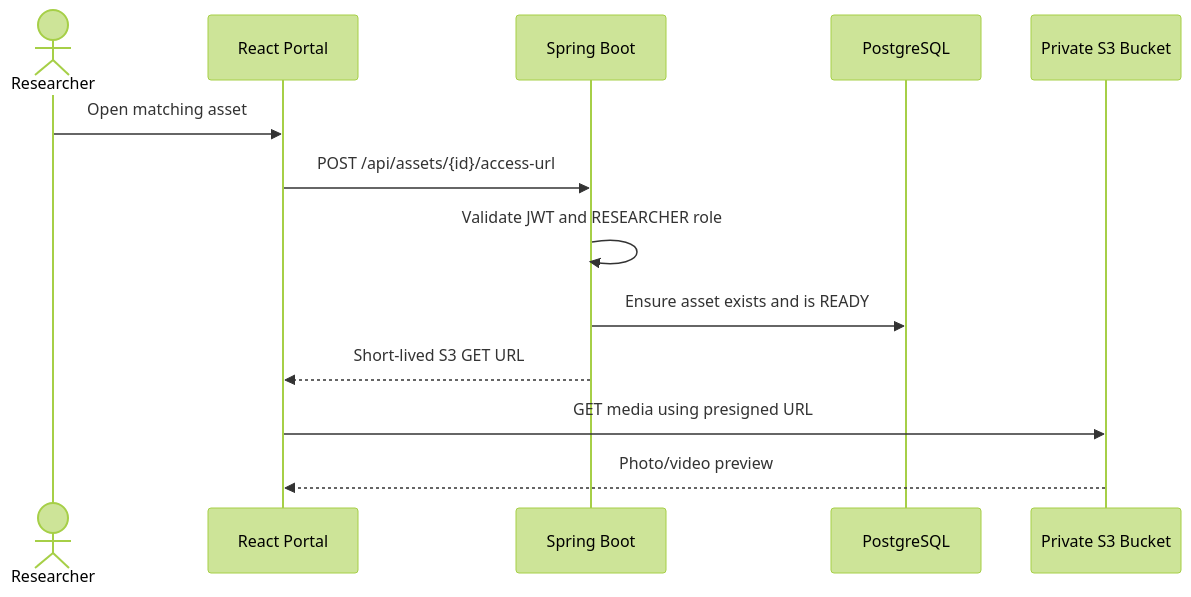
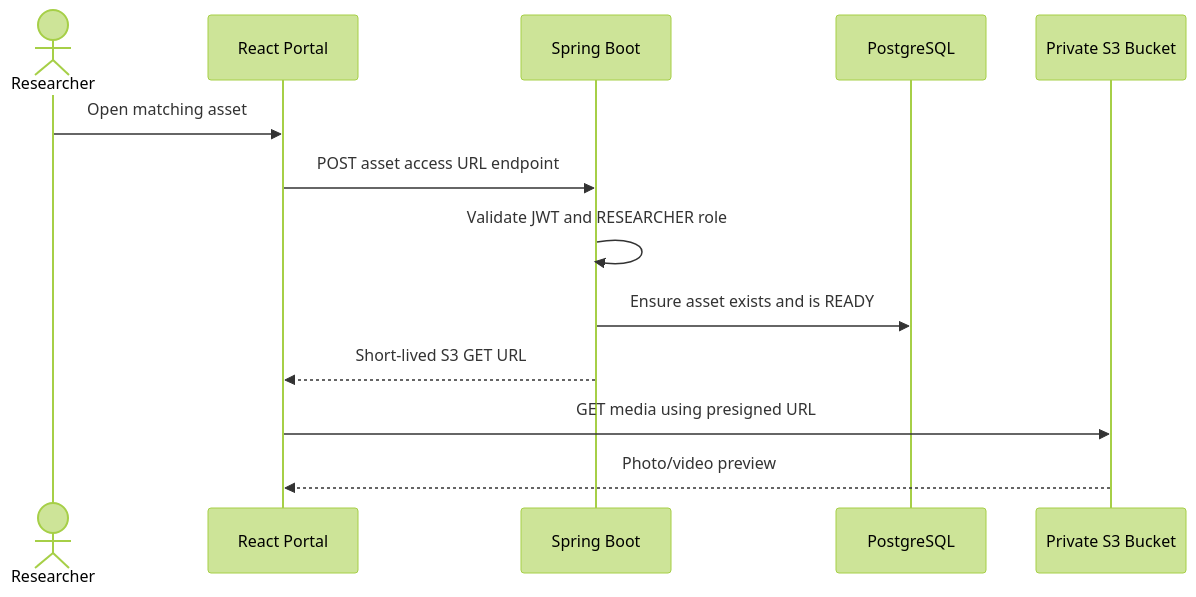
One commit to mathewpius19/Media-Mesh changed the sixth of 6 diagrams in README.md. Above: the diagram before and after it, drawn with Mermaid (forest theme). The commit also changed other lines of this file, not shown here.

Commit message:
Update README with clearer endpoint descriptions

````diff
--- a/README.md
+++ b/README.md
@@ -153,15 +154,15 @@
 ```mermaid
 sequenceDiagram
     actor Researcher
     participant UI as React Portal
     participant API as Spring Boot
     participant DB as PostgreSQL
     participant S3 as Private S3 Bucket
     Researcher->>UI: Open matching asset
-    UI->>API: POST /api/assets/{id}/access-url
+    UI->>API: POST asset access URL endpoint
     API->>API: Validate JWT and RESEARCHER role
     API->>DB: Ensure asset exists and is READY
     API-->>UI: Short-lived S3 GET URL
     UI->>S3: GET media using presigned URL
     S3-->>UI: Photo/video preview
 ```
````
